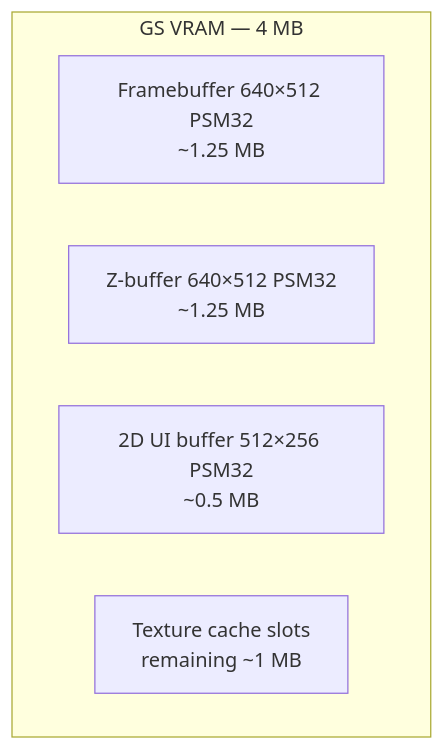
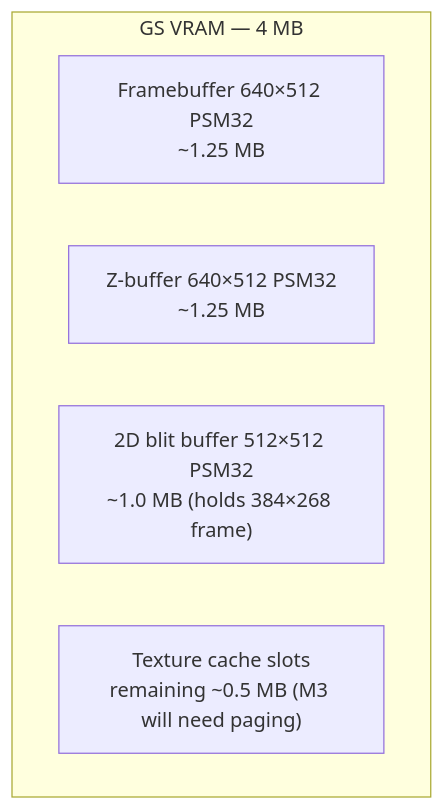
One commit to Arawn-Davies/ps2quake changed the seventh of 9 diagrams in docs/gs-renderer.md. Above: the diagram before and after it, drawn with Mermaid. The commit also changed other lines of this file and 4 other files, not shown here.

````diff
--- a/docs/gs-renderer.md
+++ b/docs/gs-renderer.md
@@ -267,9 +270,9 @@
 ```mermaid
 flowchart TD
     subgraph VRAM["GS VRAM — 4 MB"]
         FB["Framebuffer 640×512 PSM32<br/>~1.25 MB"]
         ZB["Z-buffer 640×512 PSM32<br/>~1.25 MB"]
-        UI["2D UI buffer 512×256 PSM32<br/>~0.5 MB"]
-        TEX["Texture cache slots<br/>remaining ~1 MB"]
+        UI["2D blit buffer 512×512 PSM32<br/>~1.0 MB (holds 384×268 frame)"]
+        TEX["Texture cache slots<br/>remaining ~0.5 MB (M3 will need paging)"]
     end
 ```
````
